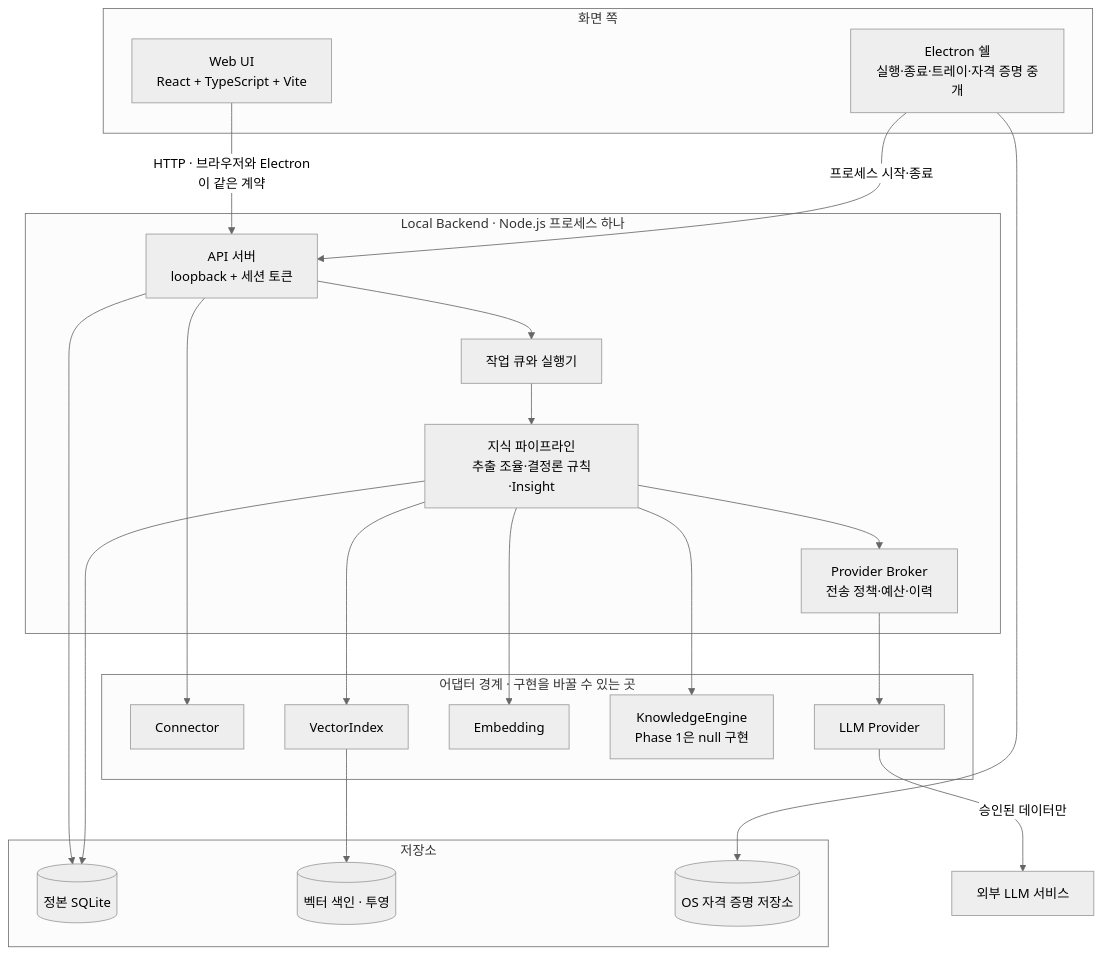
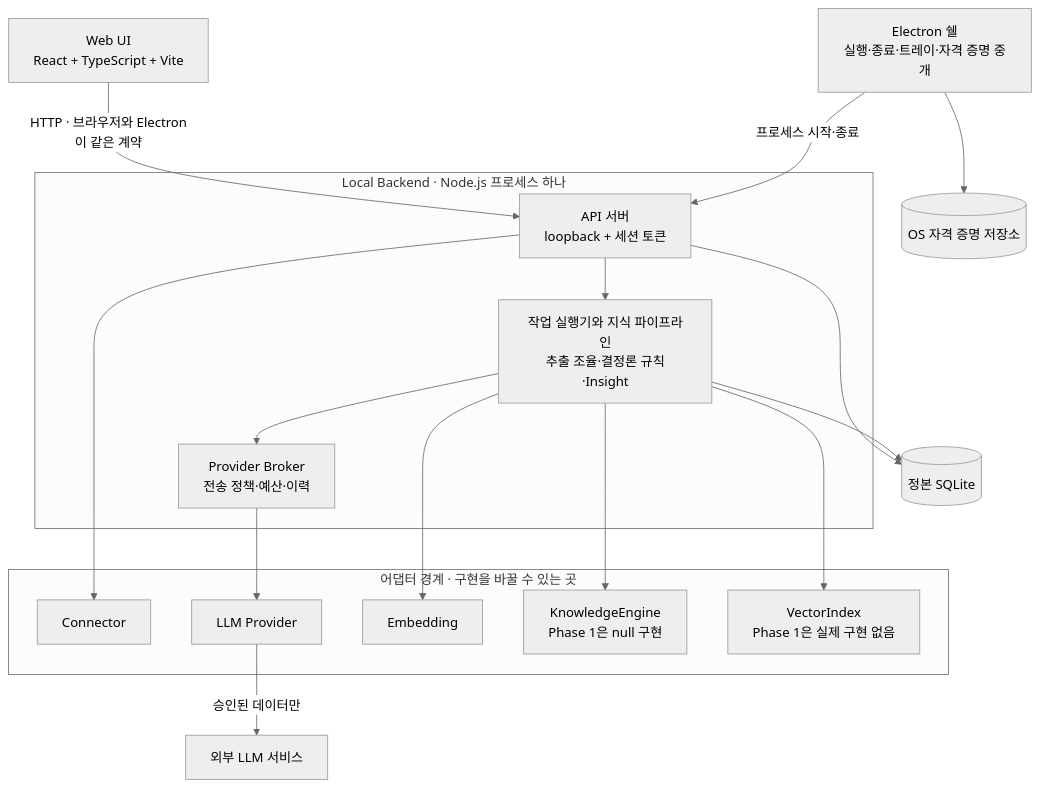
Before and after one commit to nohdol97/PKI: the first of 2 diagrams in docs/ARCHITECTURE.md, drawn with Mermaid (neutral theme). The commit also changed other lines of this file and 10 other files, not shown here.

````diff
--- a/docs/ARCHITECTURE.md
+++ b/docs/ARCHITECTURE.md
@@ -43,41 +44,33 @@
 ```mermaid
 flowchart TB
-  subgraph CLIENT["화면 쪽"]
-    UI["Web UI<br/>React + TypeScript + Vite"]
-    SHELL["Electron 쉘<br/>실행·종료·트레이·자격 증명 중개"]
-  end
+  UI["Web UI<br/>React + TypeScript + Vite"]
+  SHELL["Electron 쉘<br/>실행·종료·트레이·자격 증명 중개"]
   subgraph BACKEND["Local Backend · Node.js 프로세스 하나"]
     API["API 서버<br/>loopback + 세션 토큰"]
-    JOBS["작업 큐와 실행기"]
-    PIPE["지식 파이프라인<br/>추출 조율·결정론 규칙·Insight"]
+    PIPE["작업 실행기와 지식 파이프라인<br/>추출 조율·결정론 규칙·Insight"]
     BROKER["Provider Broker<br/>전송 정책·예산·이력"]
   end
   subgraph ADAPTERS["어댑터 경계 · 구현을 바꿀 수 있는 곳"]
     CONN["Connector"]
     PROV["LLM Provider"]
     EMB["Embedding"]
     ENG["KnowledgeEngine<br/>Phase 1은 null 구현"]
-    VEC["VectorIndex"]
+    VEC["VectorIndex<br/>Phase 1은 실제 구현 없음"]
   end
-  subgraph STORES["저장소"]
-    DB[("정본 SQLite")]
-    VDB[("벡터 색인 · 투영")]
-    CRED[("OS 자격 증명 저장소")]
-  end
+  DB[("정본 SQLite")]
+  CRED[("OS 자격 증명 저장소")]
   EXT["외부 LLM 서비스"]
   UI -->|"HTTP · 브라우저와 Electron이 같은 계약"| API
   SHELL -->|"프로세스 시작·종료"| API
   SHELL --> CRED
   API --> CONN
   API --> DB
-  API --> JOBS
-  JOBS --> PIPE
+  API --> PIPE
   PIPE --> DB
   PIPE --> BROKER
   PIPE --> ENG
   PIPE --> EMB
   PIPE --> VEC
   BROKER --> PROV
   PROV -->|"승인된 데이터만"| EXT
-  VEC --> VDB
 ```
````
